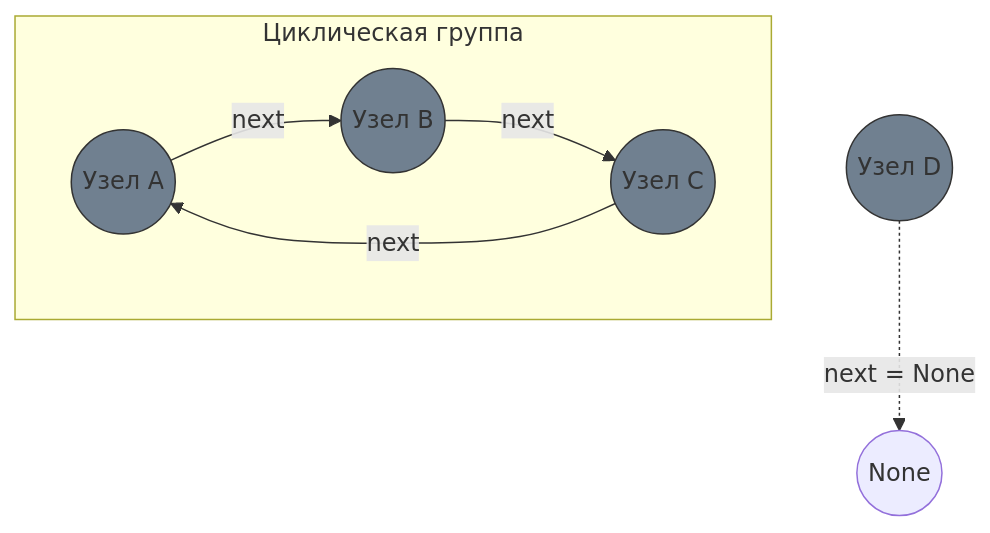
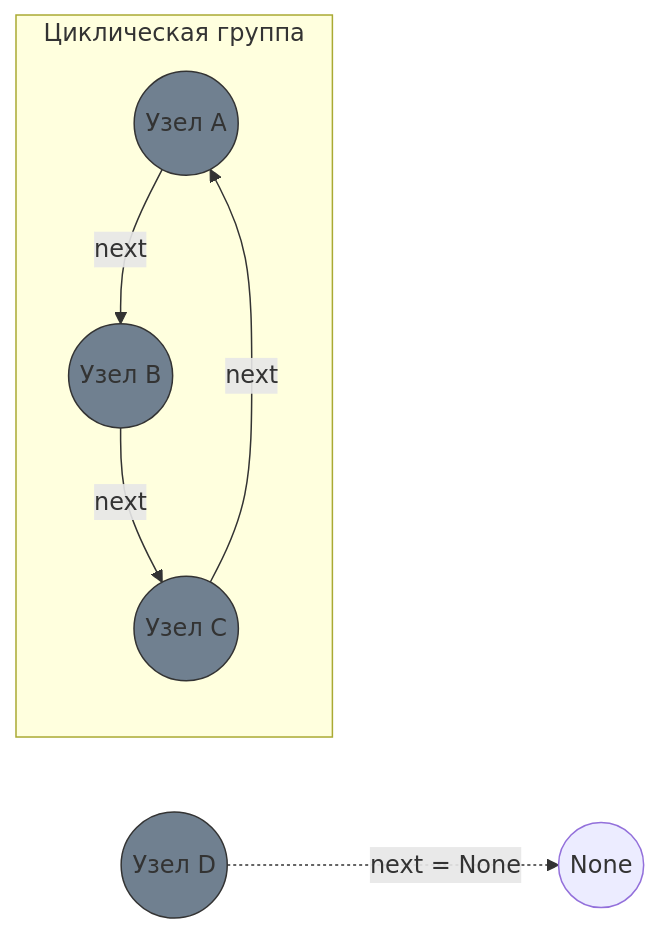
Before and after one commit to Dikobez/fai_topit_fundamentals_of_programming: the third of 3 diagrams in solutions/lab_02/REPORT.md, drawn with Mermaid.

````diff
--- a/solutions/lab_02/REPORT.md
+++ b/solutions/lab_02/REPORT.md
@@ -154,19 +154,19 @@
 ``` mermaid
-graph TD
+graph LR
     A((Узел A)) -->|next| B((Узел B))
     B -->|next| C((Узел C))
     C -->|next| A
     
     D((Узел D)) -.->|next = None| Null((None))
 
     subgraph Циклическая группа
         A
         B
         C
     end
     
     style A fill:#708090,stroke:#333
     style B fill:#708090,stroke:#333
     style C fill:#708090,stroke:#333
     style D fill:#708090,stroke:#333
 ```
````
